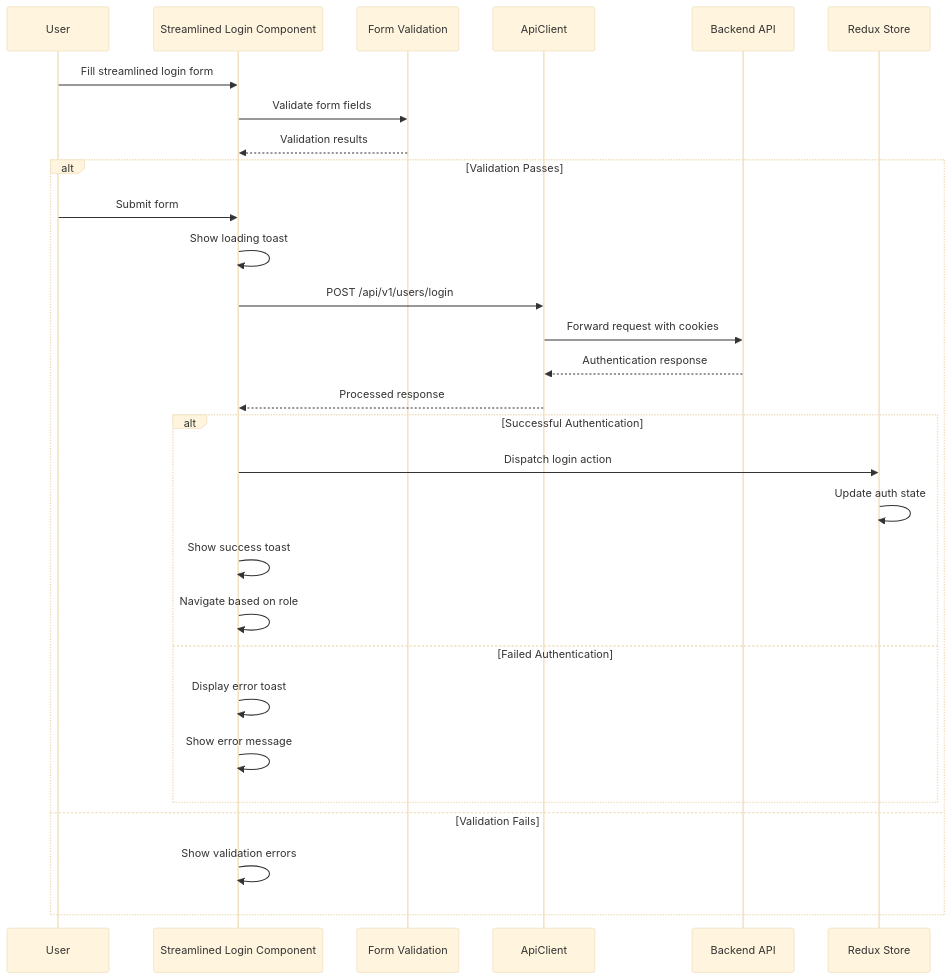
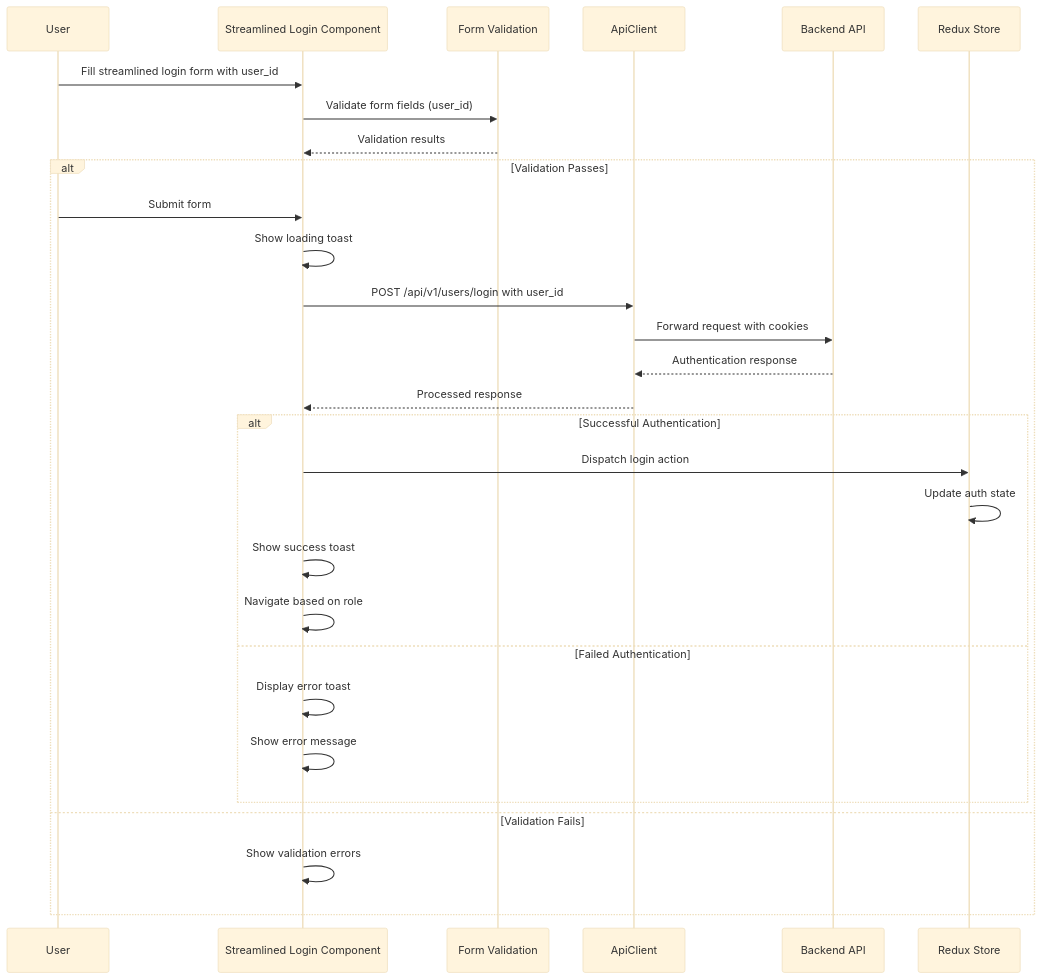
The third of 13 diagrams in .qoder/repowiki/en/content/Authentication & Authorization/Login Page Implementation.md (Aryan9060/Timetable-Project), drawn with Mermaid (base theme) before and after one commit. The commit also changed other lines of this file and 22 other files, not shown here.

````diff
--- a/.qoder/repowiki/en/content/Authentication & Authorization/Login Page Implementation.md
+++ b/.qoder/repowiki/en/content/Authentication & Authorization/Login Page Implementation.md
@@ -150,31 +154,31 @@
 ```mermaid
 sequenceDiagram
 participant U as User
 participant L as Streamlined Login Component
 participant V as Form Validation
 participant A as ApiClient
 participant B as Backend API
 participant R as Redux Store
-U->>L : Fill streamlined login form
-L->>V : Validate form fields
+U->>L : Fill streamlined login form with user_id
+L->>V : Validate form fields (user_id)
 V-->>L : Validation results
 alt Validation Passes
 U->>L : Submit form
 L->>L : Show loading toast
-L->>A : POST /api/v1/users/login
+L->>A : POST /api/v1/users/login with user_id
 A->>B : Forward request with cookies
 B-->>A : Authentication response
 A-->>L : Processed response
 alt Successful Authentication
 L->>R : Dispatch login action
 R->>R : Update auth state
 L->>L : Show success toast
 L->>L : Navigate based on role
 else Failed Authentication
 L->>L : Display error toast
 L->>L : Show error message
 end
 else Validation Fails
 L->>L : Show validation errors
 end
 ```
````
